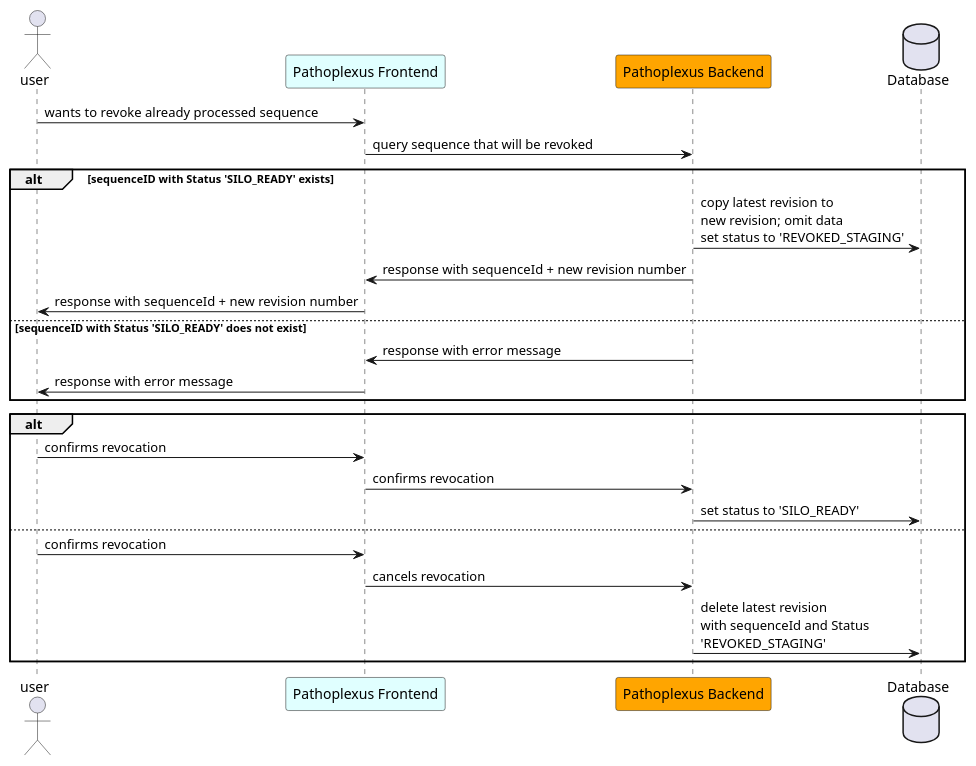
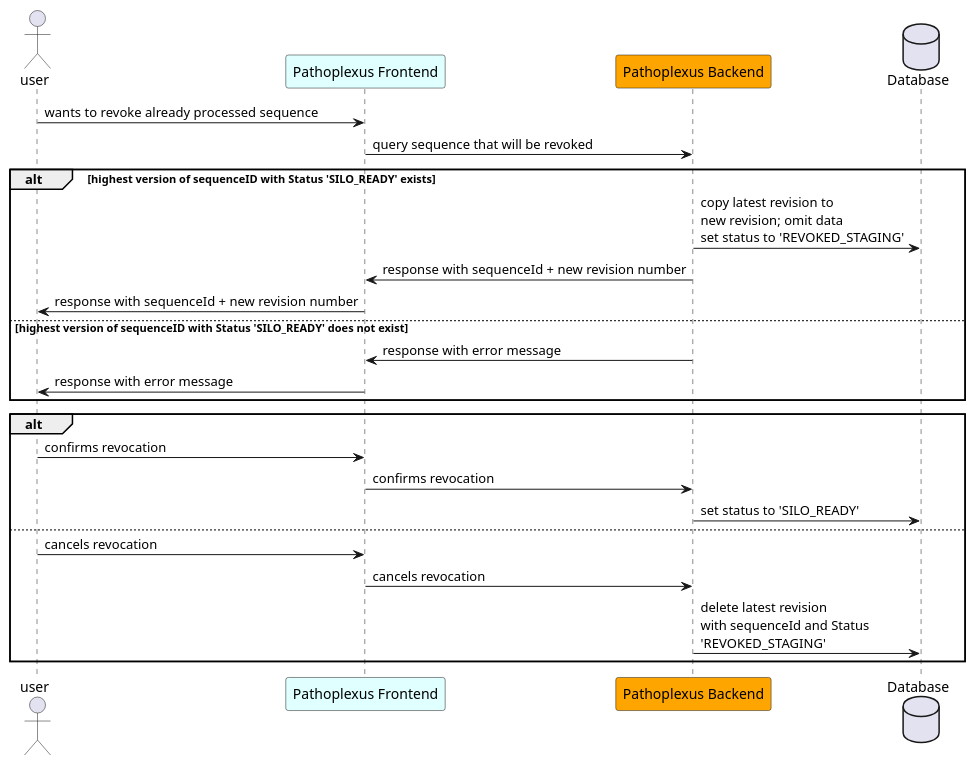
Before and after one commit to loculus-project/loculus: the diagram in backend/docs/plantuml/sequenceRevocation.puml, drawn with PlantUML. The commit also changed 1 other file, not shown here.

Commit message:
docs(backend): adapt sequence diagrams for revocation and revision

```diff
--- a/backend/docs/plantuml/sequenceRevocation.puml
+++ b/backend/docs/plantuml/sequenceRevocation.puml
@@ -1,29 +1,29 @@
 @startuml
     actor user
     participant "Pathoplexus Frontend" as frontend #LightCyan
     participant "Pathoplexus Backend" as backend #Orange
     database "Database" as DB
 
     user -> frontend: wants to revoke already processed sequence
 
         frontend -> backend: query sequence that will be revoked
 
-    alt sequenceID with Status 'SILO_READY' exists
+     alt highest version of sequenceID with Status 'SILO_READY' exists
         backend -> DB: copy latest revision to \nnew revision; omit data \nset status to 'REVOKED_STAGING'
     backend -> frontend: response with sequenceId + new revision number
     frontend -> user: response with sequenceId + new revision number
-    else sequenceID with Status 'SILO_READY' does not exist
+    else highest version of sequenceID with Status 'SILO_READY' does not exist
         backend -> frontend: response with error message
         frontend -> user: response with error message
     end
 
     alt
         user -> frontend: confirms revocation
         frontend -> backend: confirms revocation
         backend -> DB: set status to 'SILO_READY'
     else
-        user -> frontend: confirms revocation
+        user -> frontend: cancels revocation
         frontend -> backend: cancels revocation
         backend -> DB: delete latest revision \nwith sequenceId and Status \n'REVOKED_STAGING'
     end
 @enduml
```
